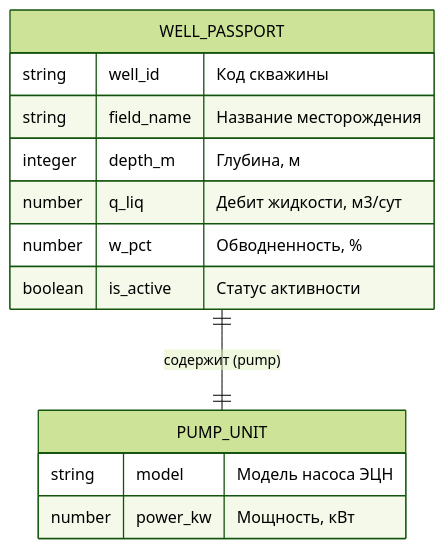
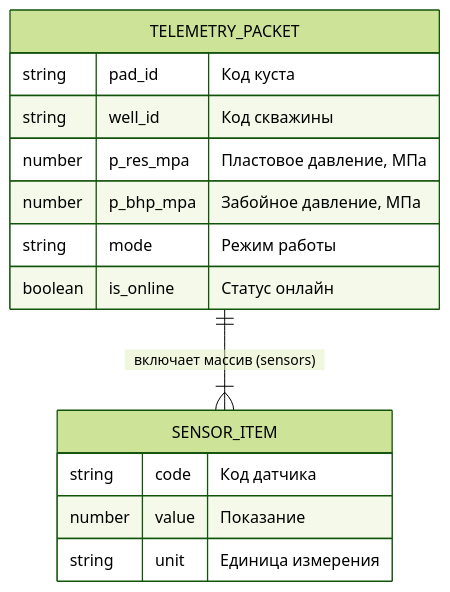
The diagram in README.md (Jugo2283/Pract2Gumerov-Artikov), drawn with Mermaid (forest theme) before and after one commit. The commit also changed other lines of this file and 2 other files, not shown here.

````diff
--- a/README.md
+++ b/README.md
@@ -24,16 +25,17 @@
 ```mermaid
 erDiagram
- WELL_PASSPORT ||--|| PUMP_UNIT : "содержит (pump)"
- WELL_PASSPORT {
+ TELEMETRY_PACKET ||--|{ SENSOR_ITEM : "включает массив (sensors)"
+ TELEMETRY_PACKET {
+ string pad_id "Код куста"
  string well_id "Код скважины"
- string field_name "Название месторождения"
- integer depth_m "Глубина, м"
- number q_liq "Дебит жидкости, м3/сут"
- number w_pct "Обводненность, %"
- boolean is_active "Статус активности"
+ number p_res_mpa "Пластовое давление, МПа"
+ number p_bhp_mpa "Забойное давление, МПа"
+ string mode "Режим работы"
+ boolean is_online "Статус онлайн"
  }
- PUMP_UNIT {
- string model "Модель насоса ЭЦН"
- number power_kw "Мощность, кВт"
+ SENSOR_ITEM {
+ string code "Код датчика"
+ number value "Показание"
+ string unit "Единица измерения"
  }
 ```
````
